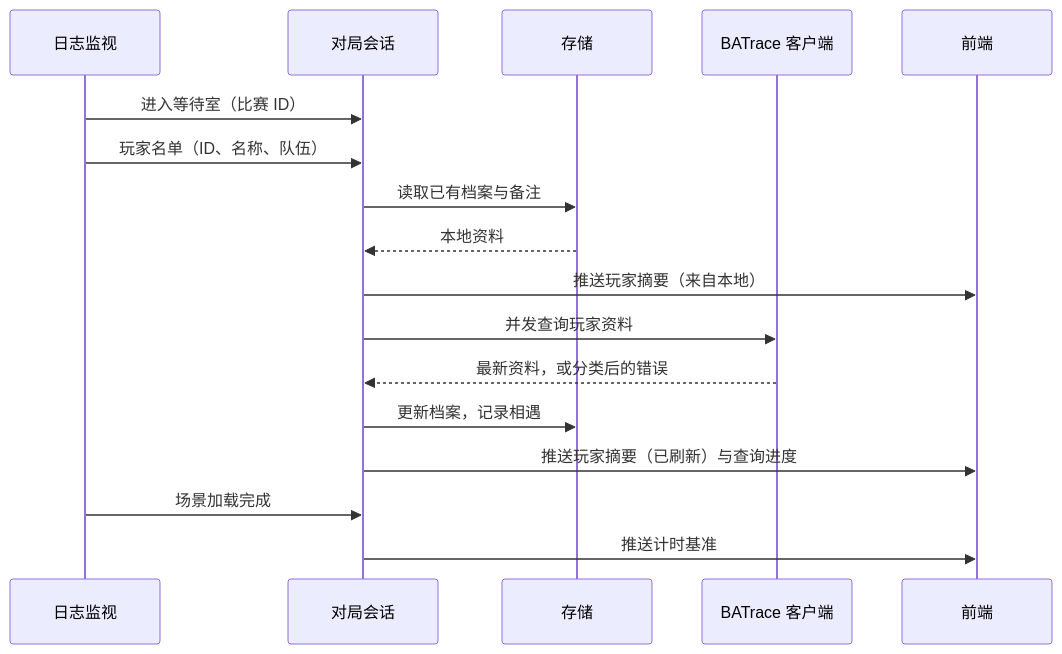
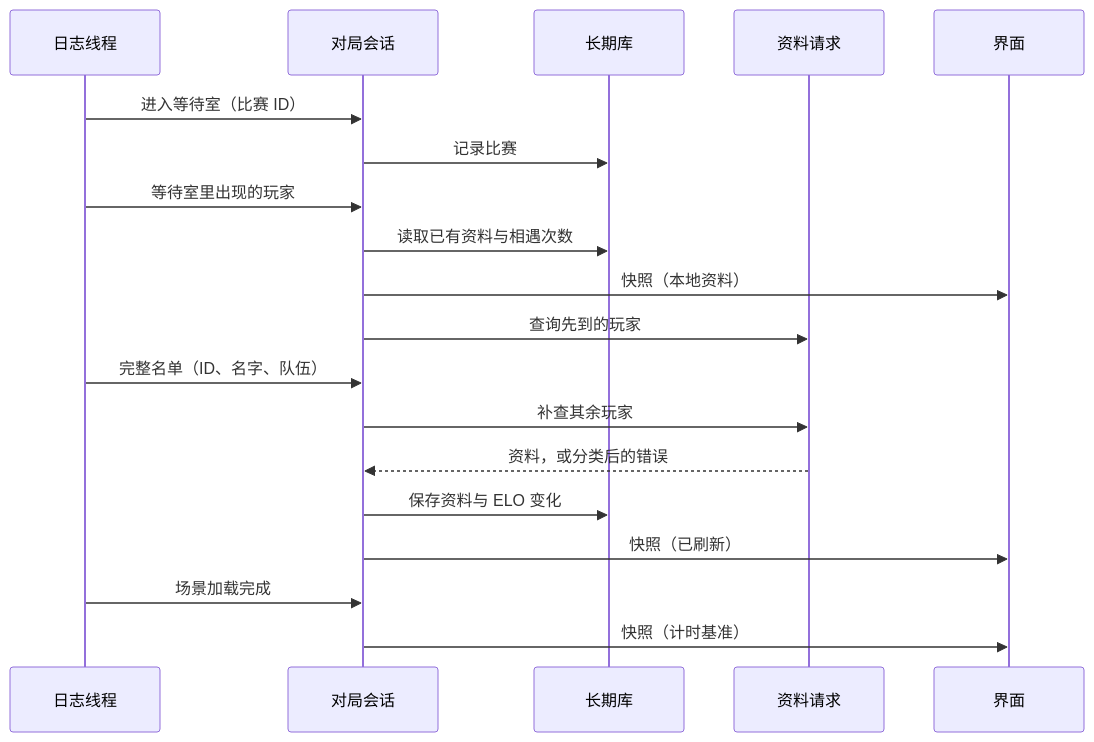
Before and after one commit to JohnJinHM/BAX: the third of 4 diagrams in docs/architecture/overview.md, drawn with Mermaid. The commit also changed other lines of this file and 14 other files, not shown here.

````diff
--- a/docs/architecture/overview.md
+++ b/docs/architecture/overview.md
@@ -112,19 +121,21 @@
 ```mermaid
 sequenceDiagram
-    participant L as 日志监视
+    participant L as 日志线程
     participant S as 对局会话
-    participant D as 存储
-    participant A as BATrace 客户端
-    participant F as 前端
+    participant D as 长期库
+    participant A as 资料请求
+    participant F as 界面
     L->>S: 进入等待室（比赛 ID）
-    L->>S: 玩家名单（ID、名称、队伍）
-    S->>D: 读取已有档案与备注
-    D-->>S: 本地资料
-    S->>F: 推送玩家摘要（来自本地）
-    S->>A: 并发查询玩家资料
-    A-->>S: 最新资料，或分类后的错误
-    S->>D: 更新档案，记录相遇
-    S->>F: 推送玩家摘要（已刷新）与查询进度
+    S->>D: 记录比赛
+    L->>S: 等待室里出现的玩家
+    S->>D: 读取已有资料与相遇次数
+    S->>F: 快照（本地资料）
+    S->>A: 查询先到的玩家
+    L->>S: 完整名单（ID、名字、队伍）
+    S->>A: 补查其余玩家
+    A-->>S: 资料，或分类后的错误
+    S->>D: 保存资料与 ELO 变化
+    S->>F: 快照（已刷新）
     L->>S: 场景加载完成
-    S->>F: 推送计时基准
+    S->>F: 快照（计时基准）
 ```
````
